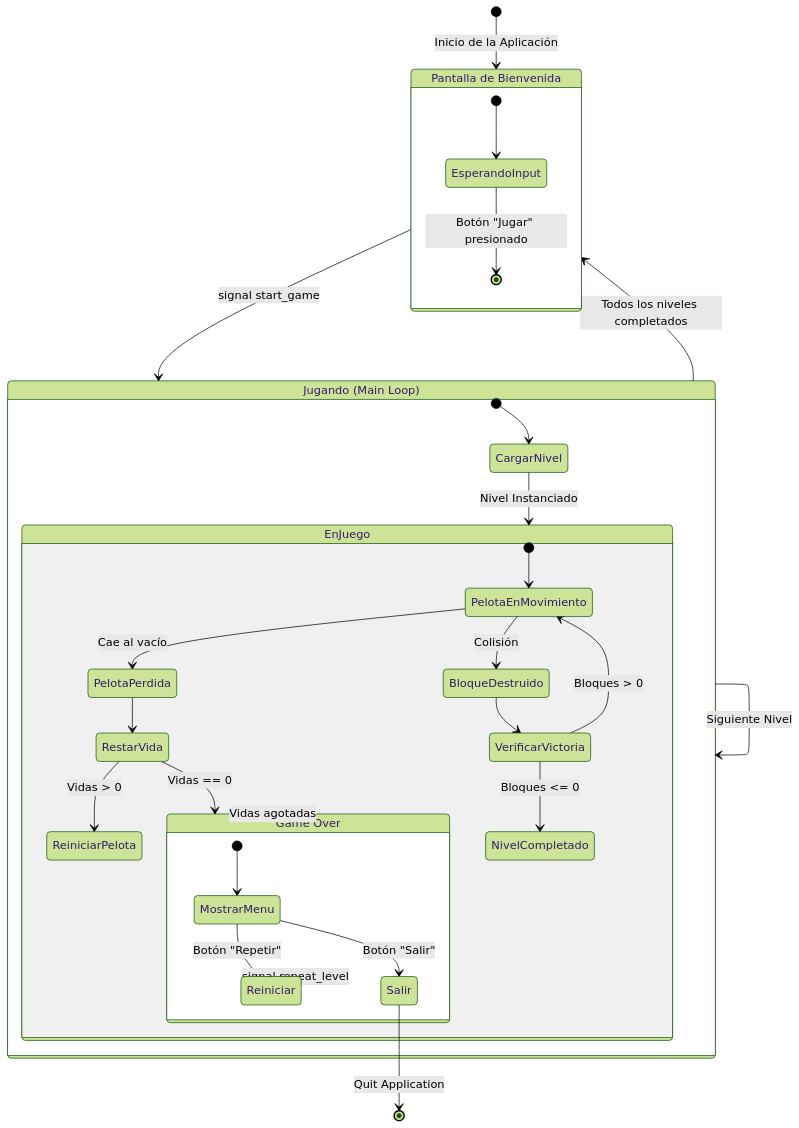
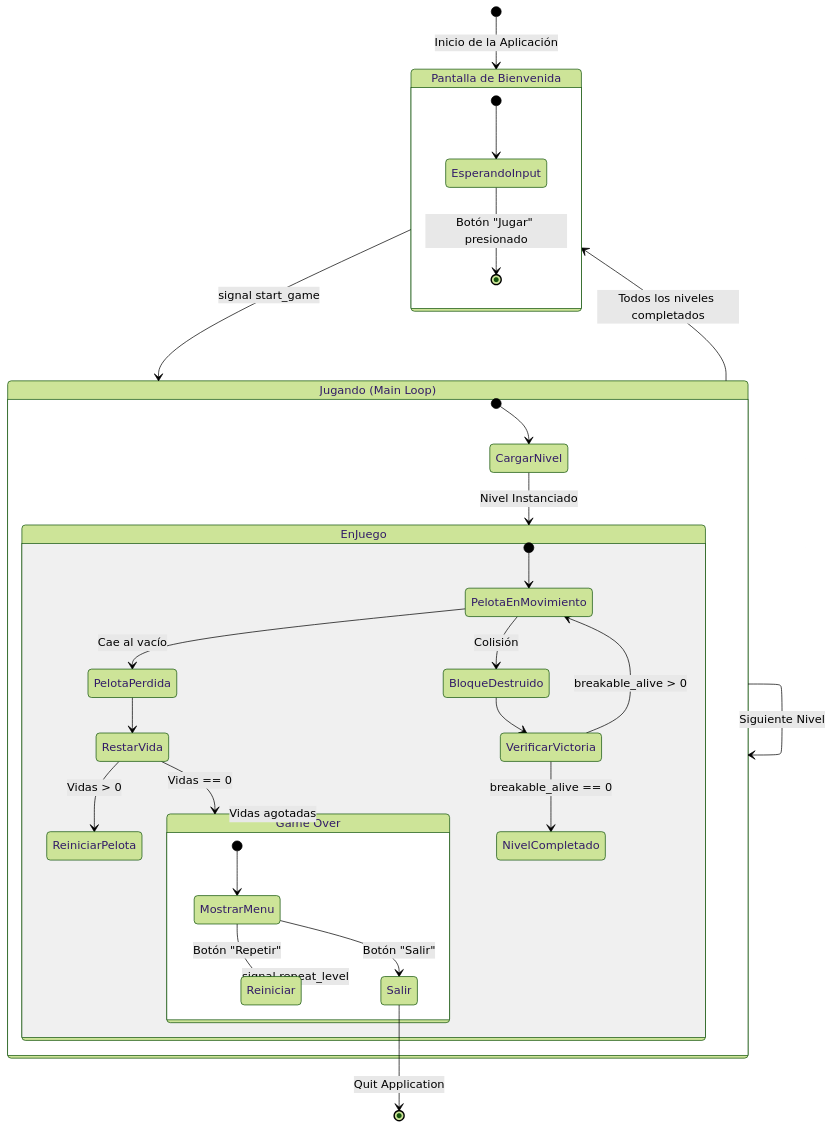
The first of 3 diagrams in architecture.md (perezosoman/simple-arkanoid), drawn with Mermaid (forest theme) before and after one commit. The commit also changed 16 other files, not shown here.

````diff
--- a/architecture.md
+++ b/architecture.md
@@ -7,40 +7,40 @@
 ```mermaid
 stateDiagram-v2
     [*] --> Welcome: Inicio de la Aplicación
 
     state "Pantalla de Bienvenida" as Welcome {
         [*] --> EsperandoInput
         EsperandoInput --> [*]: Botón "Jugar" presionado
     }
 
     state "Jugando (Main Loop)" as Playing {
         [*] --> CargarNivel
         CargarNivel --> EnJuego: Nivel Instanciado
         
         state EnJuego {
             [*] --> PelotaEnMovimiento
             PelotaEnMovimiento --> PelotaPerdida: Cae al vacío
             PelotaPerdida --> RestarVida
             RestarVida --> ReiniciarPelota: Vidas > 0
             RestarVida --> GameOverState: Vidas == 0
             
             PelotaEnMovimiento --> BloqueDestruido: Colisión
             BloqueDestruido --> VerificarVictoria
-            VerificarVictoria --> NivelCompletado: Bloques <= 0
-            VerificarVictoria --> PelotaEnMovimiento: Bloques > 0
+            VerificarVictoria --> NivelCompletado: breakable_alive == 0
+            VerificarVictoria --> PelotaEnMovimiento: breakable_alive > 0
         }
     }
 
     state "Game Over" as GameOverState {
         [*] --> MostrarMenu
         MostrarMenu --> Reiniciar: Botón "Repetir"
         MostrarMenu --> Salir: Botón "Salir"
     }
 
     Welcome --> Playing: signal start_game
     Playing --> GameOverState: Vidas agotadas
     Playing --> Playing: Siguiente Nivel
     Playing --> Welcome: Todos los niveles completados
     Reiniciar --> Playing: signal repeat_level
     Salir --> [*]: Quit Application
 ```
````
